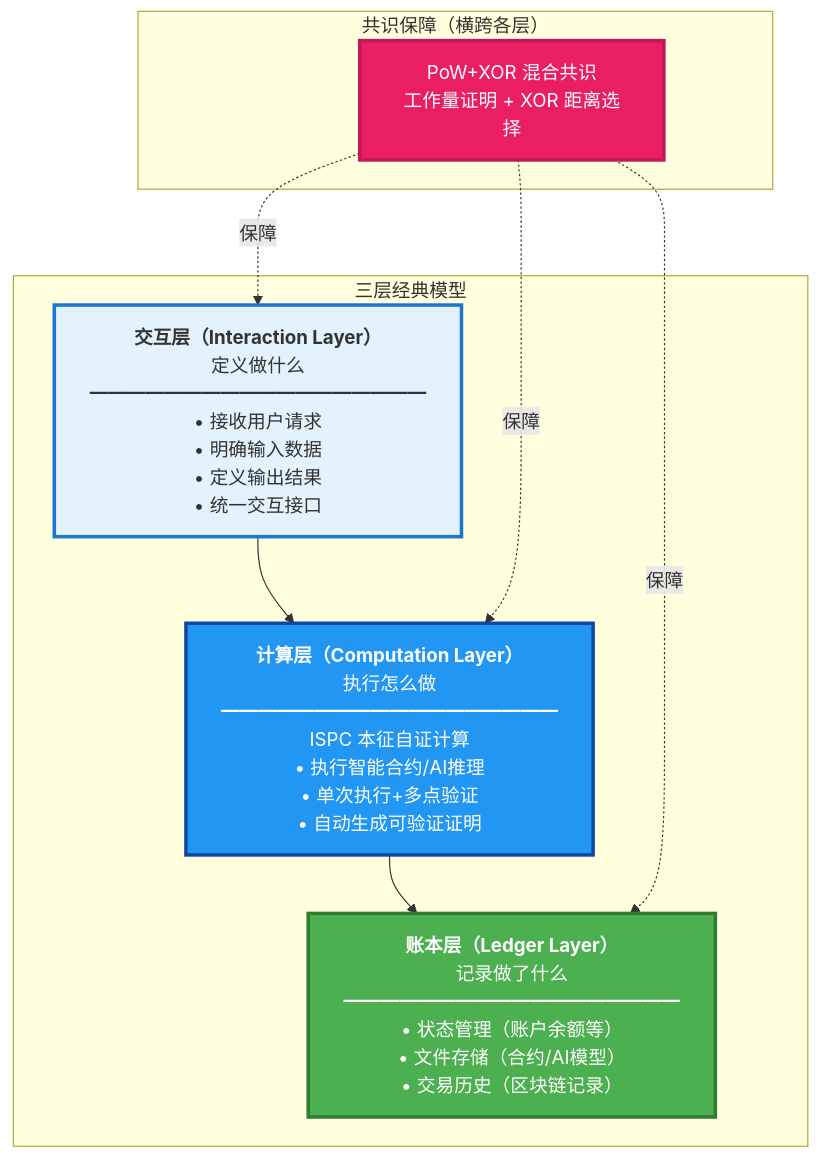
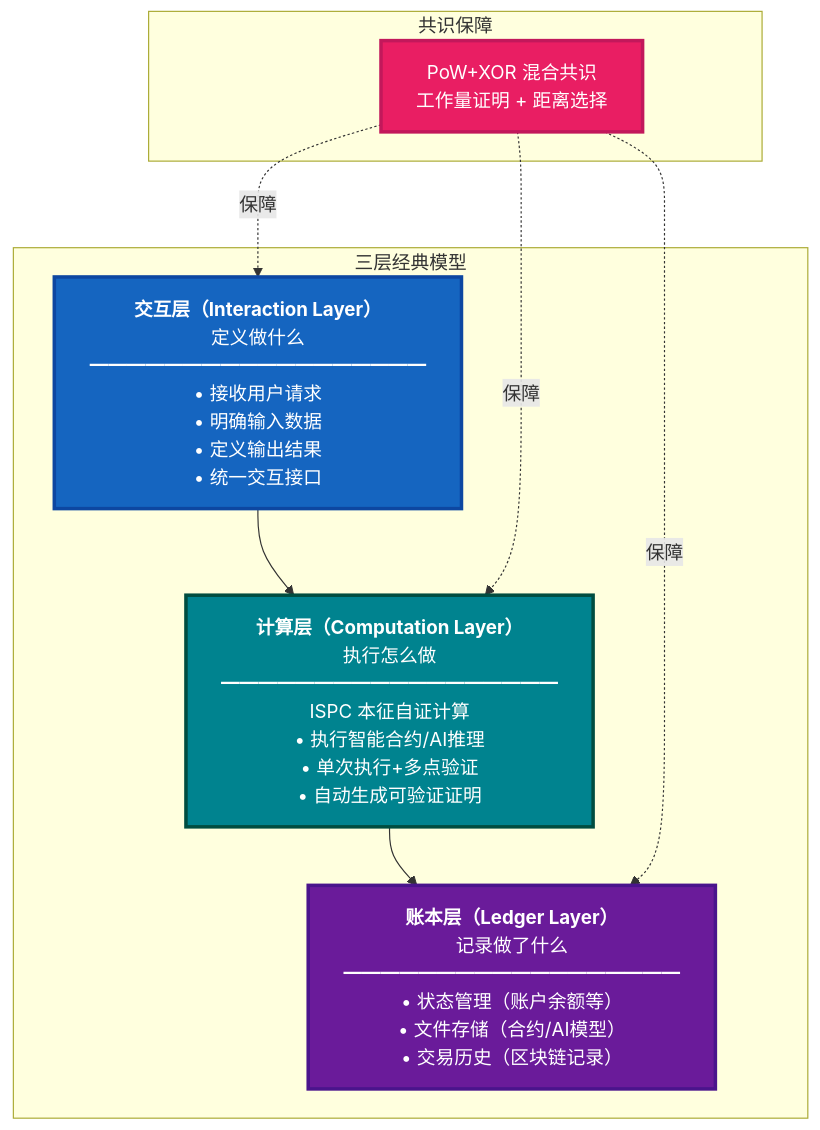
One commit to weisyn/go-weisyn changed the first of 2 diagrams in README.md. Above: the diagram before and after it, drawn with Mermaid. The commit also changed 1 other file, not shown here.

````diff
--- a/README.md
+++ b/README.md
@@ -87,25 +87,25 @@
 ```mermaid
 graph TB
     subgraph "三层经典模型"
         INTERACTION["<b>交互层（Interaction Layer）</b><br/>定义做什么<br/>━━━━━━━━━━━━━━━━━━<br/>• 接收用户请求<br/>• 明确输入数据<br/>• 定义输出结果<br/>• 统一交互接口"]
         
         COMPUTATION["<b>计算层（Computation Layer）</b><br/>执行怎么做<br/>━━━━━━━━━━━━━━━━━━<br/>ISPC 本征自证计算<br/>• 执行智能合约/AI推理<br/>• 单次执行+多点验证<br/>• 自动生成可验证证明"]
         
         LEDGER["<b>账本层（Ledger Layer）</b><br/>记录做了什么<br/>━━━━━━━━━━━━━━━━━━<br/>• 状态管理（账户余额等）<br/>• 文件存储（合约/AI模型）<br/>• 交易历史（区块链记录）"]
     end
     
-    subgraph "共识保障（横跨各层）"
-        CONSENSUS["PoW+XOR 混合共识<br/>工作量证明 + XOR 距离选择"]
+    subgraph "共识保障"
+        CONSENSUS["PoW+XOR 混合共识<br/>工作量证明 + 距离选择"]
     end
     
     INTERACTION --> COMPUTATION
     COMPUTATION --> LEDGER
     CONSENSUS -.保障.-> INTERACTION
     CONSENSUS -.保障.-> COMPUTATION
     CONSENSUS -.保障.-> LEDGER
     
-    style INTERACTION fill:#E3F2FD,stroke:#1976D2,stroke-width:3px
-    style COMPUTATION fill:#2196F3,color:#fff,stroke:#0D47A1,stroke-width:3px
-    style LEDGER fill:#4CAF50,color:#fff,stroke:#2E7D32,stroke-width:3px
+    style INTERACTION fill:#1565C0,color:#fff,stroke:#0D47A1,stroke-width:3px
+    style COMPUTATION fill:#00838F,color:#fff,stroke:#004D40,stroke-width:3px
+    style LEDGER fill:#6A1B9A,color:#fff,stroke:#4A148C,stroke-width:3px
     style CONSENSUS fill:#E91E63,color:#fff,stroke:#C2185B,stroke-width:3px
 ```
````
